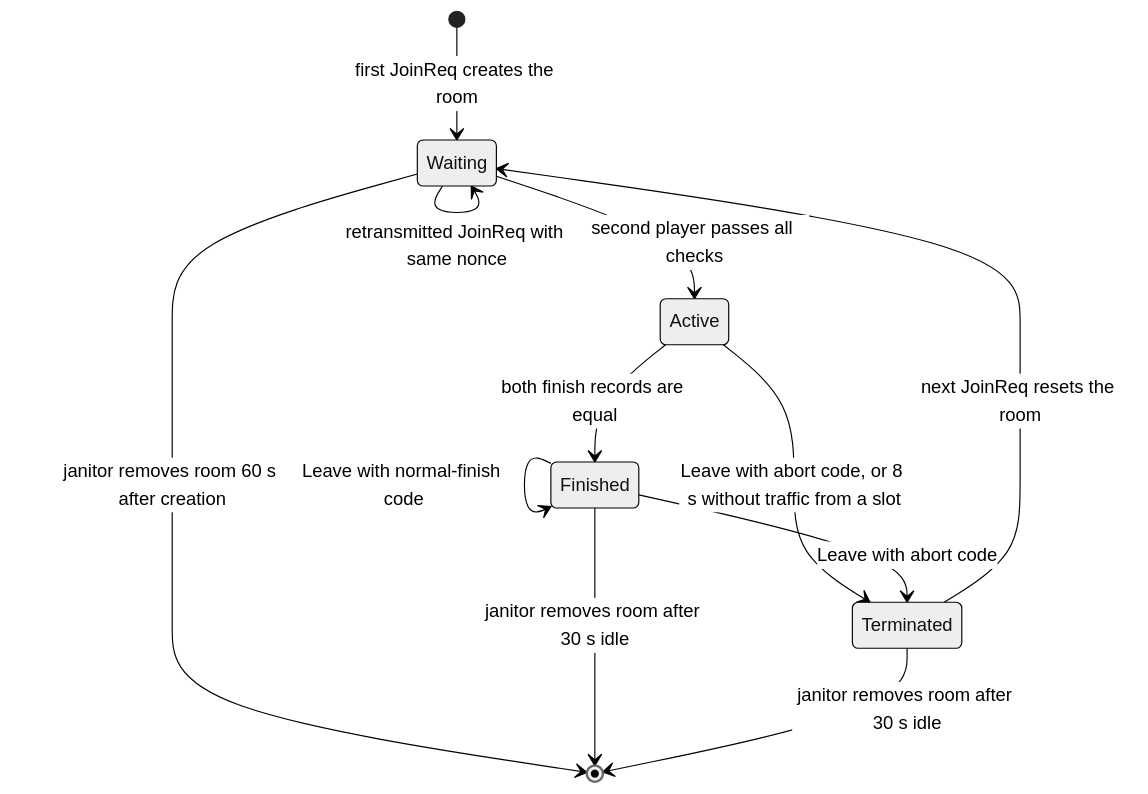
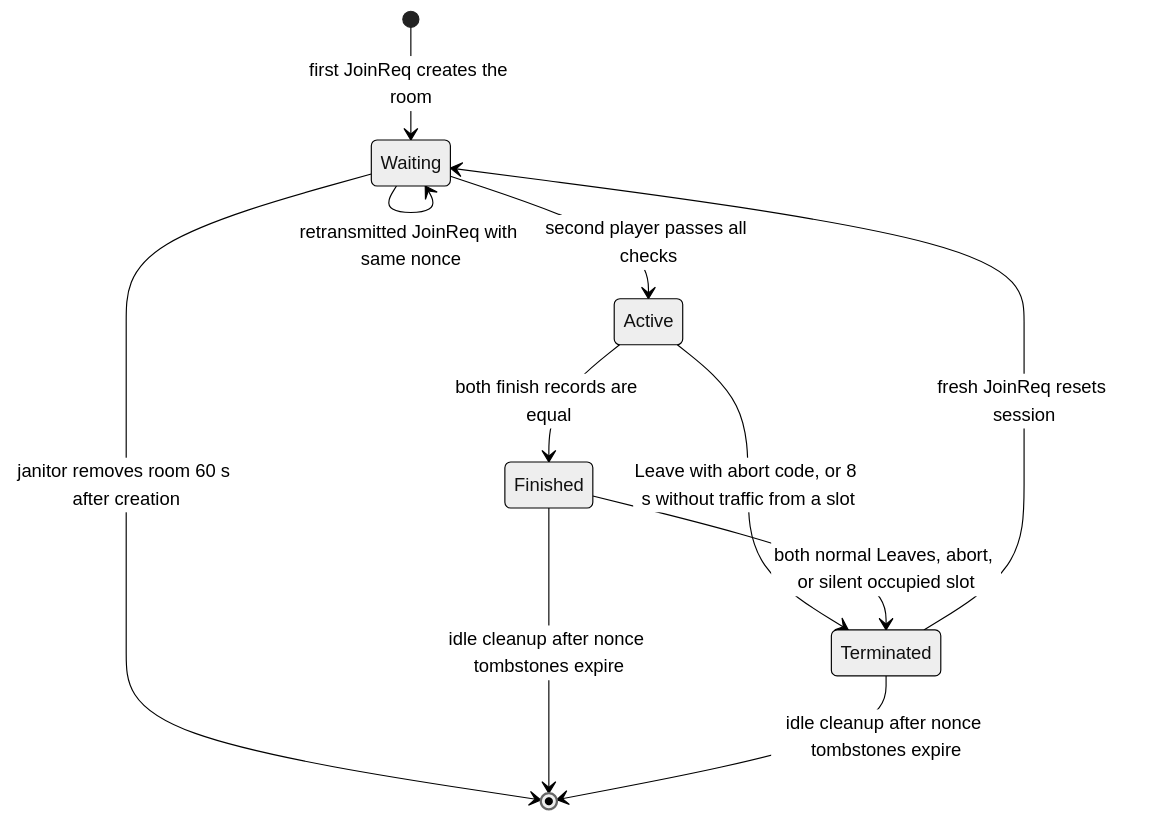
The second of 2 diagrams in docs/site/developer/netplay/server.md (ansxor/f3-recomp), drawn with Mermaid (neutral theme) before and after one commit. The commit also changed other lines of this file and 100 other files, not shown here.

````diff
--- a/docs/site/developer/netplay/server.md
+++ b/docs/site/developer/netplay/server.md
@@ -107,14 +107,13 @@
 ```mermaid
 stateDiagram-v2
   [*] --> Waiting: first JoinReq creates the room
   Waiting --> Waiting: retransmitted JoinReq with same nonce
   Waiting --> Active: second player passes all checks
   Waiting --> [*]: janitor removes room 60 s after creation
   Active --> Finished: both finish records are equal
   Active --> Terminated: Leave with abort code, or 8 s without traffic from a slot
-  Finished --> Finished: Leave with normal-finish code
-  Finished --> Terminated: Leave with abort code
-  Finished --> [*]: janitor removes room after 30 s idle
-  Terminated --> Waiting: next JoinReq resets the room
-  Terminated --> [*]: janitor removes room after 30 s idle
+  Finished --> Terminated: both normal Leaves, abort, or silent occupied slot
+  Finished --> [*]: idle cleanup after nonce tombstones expire
+  Terminated --> Waiting: fresh JoinReq resets session
+  Terminated --> [*]: idle cleanup after nonce tombstones expire
 ```
````
